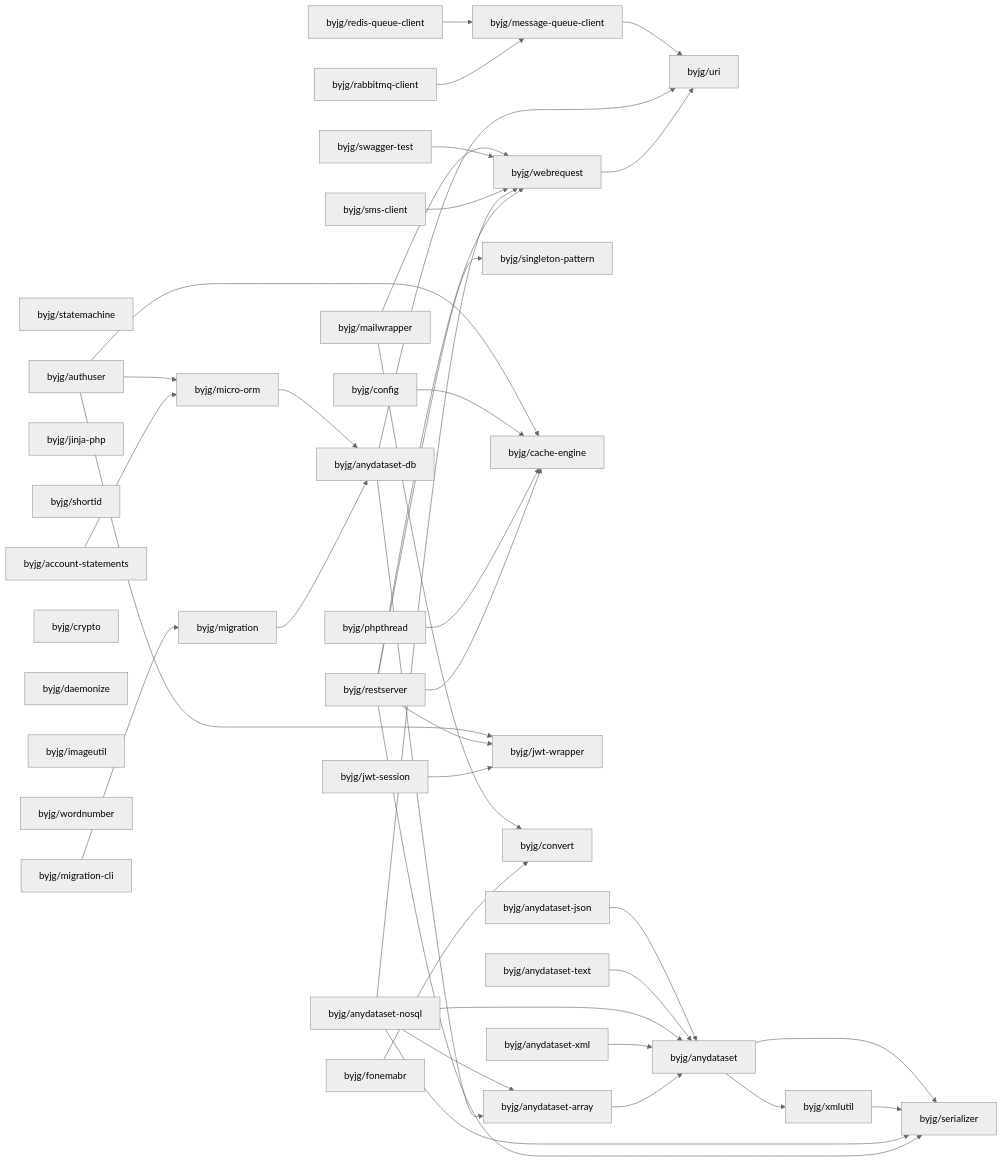
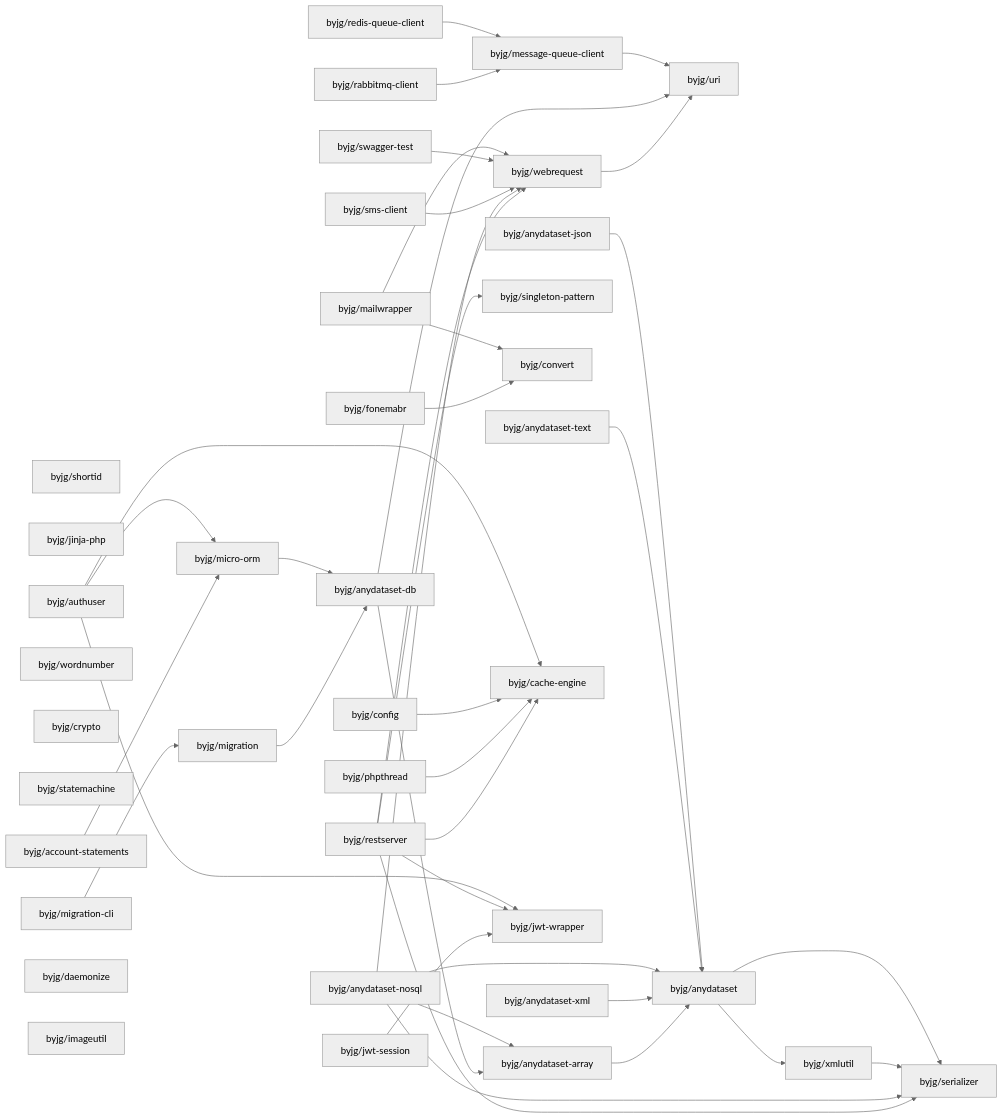
The diagram in docs/php/README.md (byjg/byjg.github.io), drawn with Mermaid (neutral theme) before and after one commit. The commit also changed other lines of this file and 1 other file, not shown here.

Commit message:
Update documentation 'php' 'php-swagger-test'

````diff
--- a/docs/php/README.md
+++ b/docs/php/README.md
@@ -3,78 +3,78 @@
 ```mermaid
 graph LR;
+  byjg/shortid;
+  byjg/jinja-php;
+  byjg/config;
+  byjg/phpthread;
+  byjg/fonemabr;
+  byjg/migration-cli;
+  byjg/sms-client;
+  byjg/anydataset-nosql;
+  byjg/rabbitmq-client;
+  byjg/redis-queue-client;
+  byjg/jwt-session;
+  byjg/wordnumber;
+  byjg/anydataset-xml;
+  byjg/crypto;
+  byjg/restserver;
   byjg/statemachine;
-  byjg/anydataset-xml;
-  byjg/config;
+  byjg/account-statements;
+  byjg/anydataset-text;
   byjg/mailwrapper;
+  byjg/swagger-test;
   byjg/authuser;
-  byjg/jinja-php;
-  byjg/shortid;
-  byjg/phpthread;
-  byjg/account-statements;
-  byjg/restserver;
-  byjg/crypto;
-  byjg/swagger-test;
+  byjg/anydataset-json;
   byjg/daemonize;
   byjg/imageutil;
-  byjg/jwt-session;
-  byjg/sms-client;
-  byjg/fonemabr;
-  byjg/wordnumber;
-  byjg/anydataset-json;
-  byjg/anydataset-nosql;
-  byjg/redis-queue-client;
-  byjg/anydataset-text;
-  byjg/rabbitmq-client;
-  byjg/migration-cli;
+  byjg/migration;
+  byjg/message-queue-client;
+  byjg/singleton-pattern;
+  byjg/convert;
+  byjg/webrequest;
   byjg/micro-orm;
-  byjg/singleton-pattern;
   byjg/cache-engine;
   byjg/jwt-wrapper;
-  byjg/convert;
-  byjg/webrequest;
-  byjg/message-queue-client;
-  byjg/migration;
   byjg/anydataset-db;
   byjg/anydataset-array;
   byjg/uri;
   byjg/anydataset;
   byjg/xmlutil;
   byjg/serializer;
   byjg/account-statements --> byjg/micro-orm;
   byjg/fonemabr --> byjg/convert;
   byjg/webrequest --> byjg/uri;
   byjg/anydataset-array --> byjg/anydataset;
   byjg/anydataset-xml --> byjg/anydataset;
   byjg/rabbitmq-client --> byjg/message-queue-client;
   byjg/redis-queue-client --> byjg/message-queue-client;
   byjg/jwt-session --> byjg/jwt-wrapper;
   byjg/anydataset-db --> byjg/anydataset-array;
   byjg/anydataset-db --> byjg/uri;
   byjg/restserver --> byjg/serializer;
   byjg/restserver --> byjg/singleton-pattern;
   byjg/restserver --> byjg/cache-engine;
   byjg/restserver --> byjg/webrequest;
   byjg/restserver --> byjg/jwt-wrapper;
   byjg/migration --> byjg/anydataset-db;
   byjg/anydataset-nosql --> byjg/anydataset;
   byjg/anydataset-nosql --> byjg/anydataset-array;
   byjg/anydataset-nosql --> byjg/serializer;
   byjg/anydataset-nosql --> byjg/webrequest;
   byjg/phpthread --> byjg/cache-engine;
   byjg/sms-client --> byjg/webrequest;
   byjg/swagger-test --> byjg/webrequest;
   byjg/migration-cli --> byjg/migration;
   byjg/config --> byjg/cache-engine;
   byjg/anydataset-text --> byjg/anydataset;
   byjg/micro-orm --> byjg/anydataset-db;
   byjg/authuser --> byjg/micro-orm;
   byjg/authuser --> byjg/cache-engine;
   byjg/authuser --> byjg/jwt-wrapper;
   byjg/anydataset-json --> byjg/anydataset;
   byjg/mailwrapper --> byjg/convert;
   byjg/mailwrapper --> byjg/webrequest;
   byjg/xmlutil --> byjg/serializer;
   byjg/anydataset --> byjg/serializer;
   byjg/anydataset --> byjg/xmlutil;
   byjg/message-queue-client --> byjg/uri;
 ```
````
